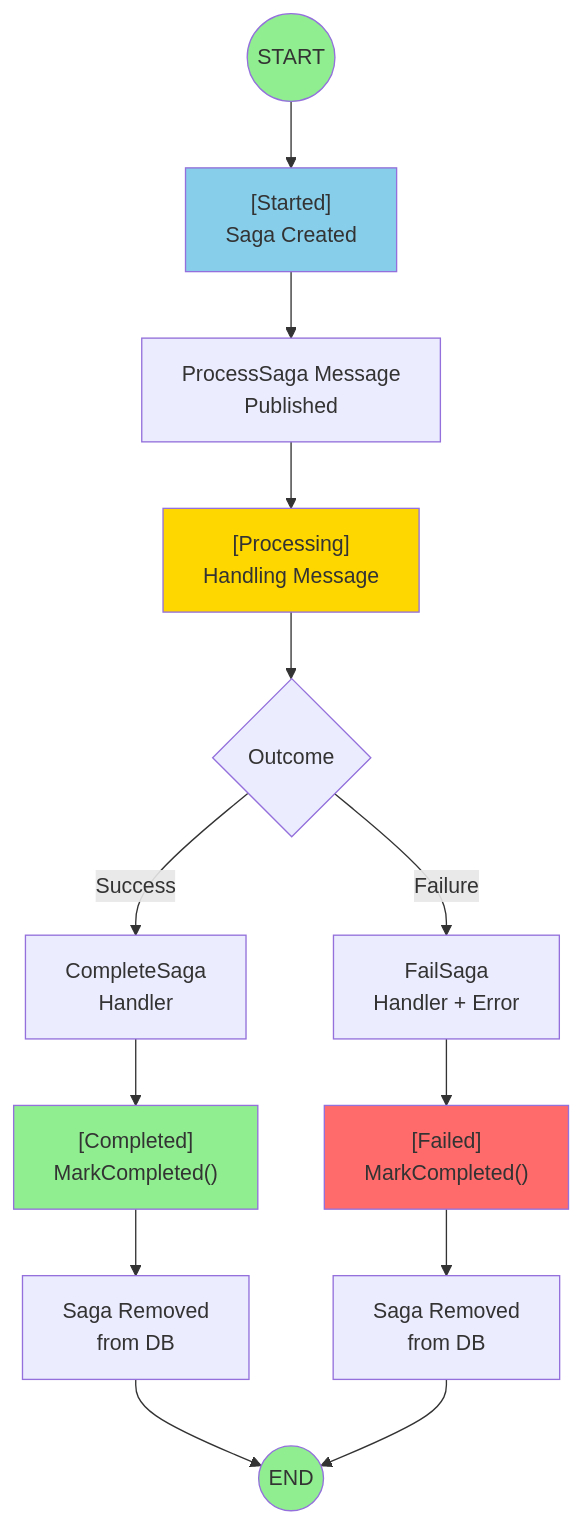
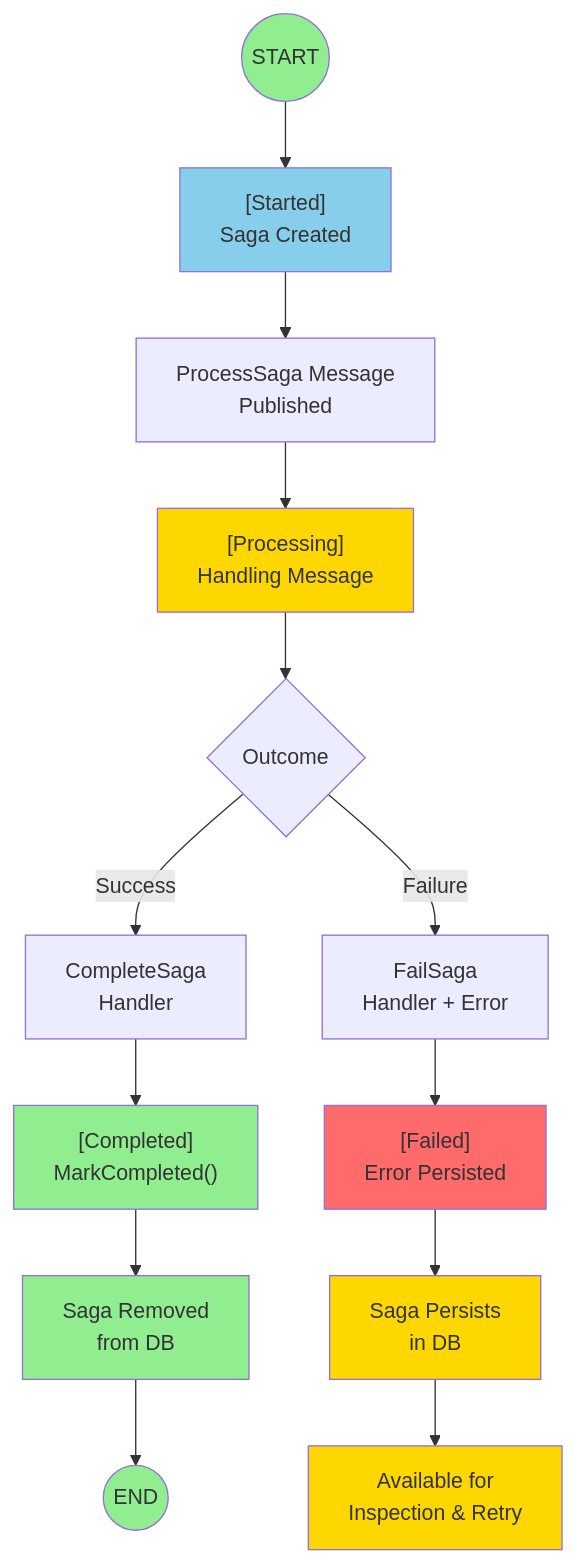
Before and after one commit to benomine/WolverineSagas: the first of 2 diagrams in README.md, drawn with Mermaid. The commit also changed other lines of this file, not shown here.

First line of the commit message:
docs: Revise README to clarify failed message persistence

````diff
--- a/README.md
+++ b/README.md
@@ -22,26 +22,29 @@
 ```mermaid
 graph TD
     START((START)) --> Started["[Started]<br/>Saga Created"]
     Started --> ProcessMsg["ProcessSaga Message<br/>Published"]
     ProcessMsg --> Processing["[Processing]<br/>Handling Message"]
     
     Processing --> Success{Outcome}
     Success -->|Success| CompleteSaga["CompleteSaga<br/>Handler"]
     Success -->|Failure| FailSaga["FailSaga<br/>Handler + Error"]
     
     CompleteSaga --> Completed["[Completed]<br/>MarkCompleted()"]
-    FailSaga --> Failed["[Failed]<br/>MarkCompleted()"]
+    FailSaga --> Failed["[Failed]<br/>Error Persisted"]
     
     Completed --> Cleanup1["Saga Removed<br/>from DB"]
-    Failed --> Cleanup2["Saga Removed<br/>from DB"]
+    Failed --> Persist["Saga Persists<br/>in DB"]
     
     Cleanup1 --> END((END))
-    Cleanup2 --> END
+    Persist --> Inspect["Available for<br/>Inspection & Retry"]
     
     style START fill:#90EE90
     style Started fill:#87CEEB
     style Processing fill:#FFD700
     style Completed fill:#90EE90
     style Failed fill:#FF6B6B
+    style Cleanup1 fill:#90EE90
+    style Persist fill:#FFD700
+    style Inspect fill:#FFD700
     style END fill:#90EE90
 ```
````
